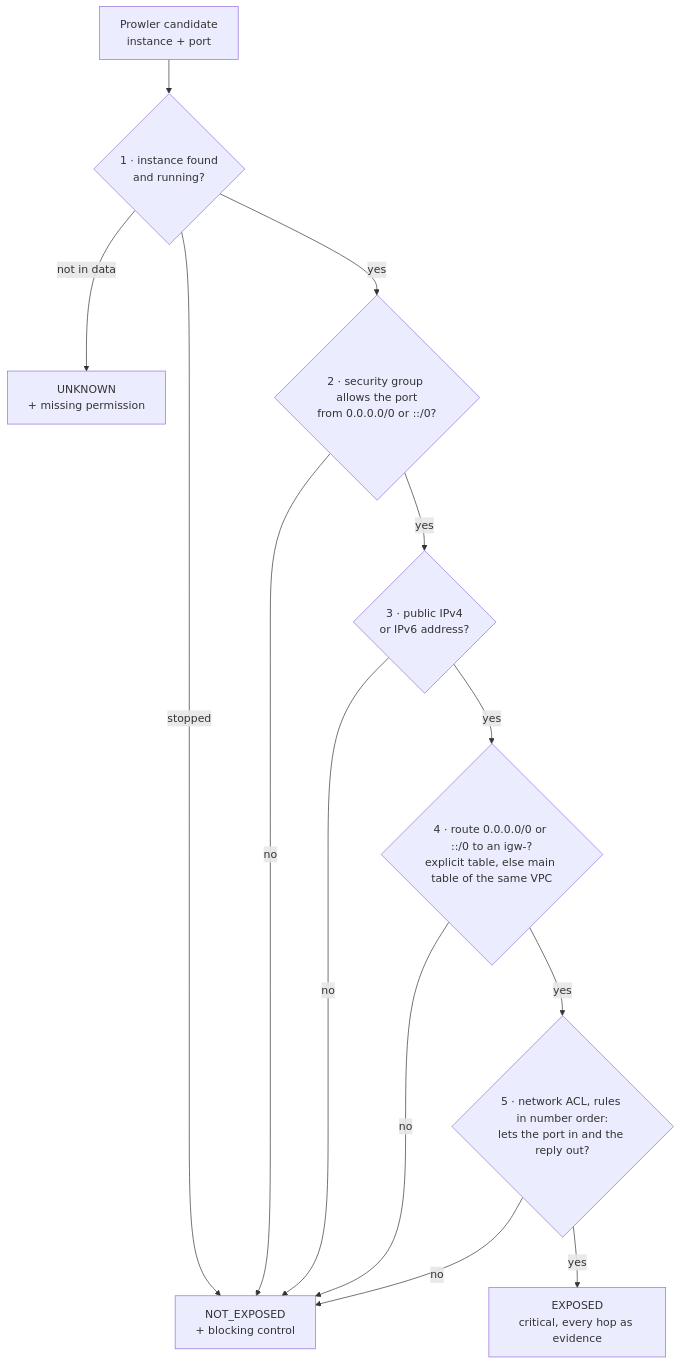
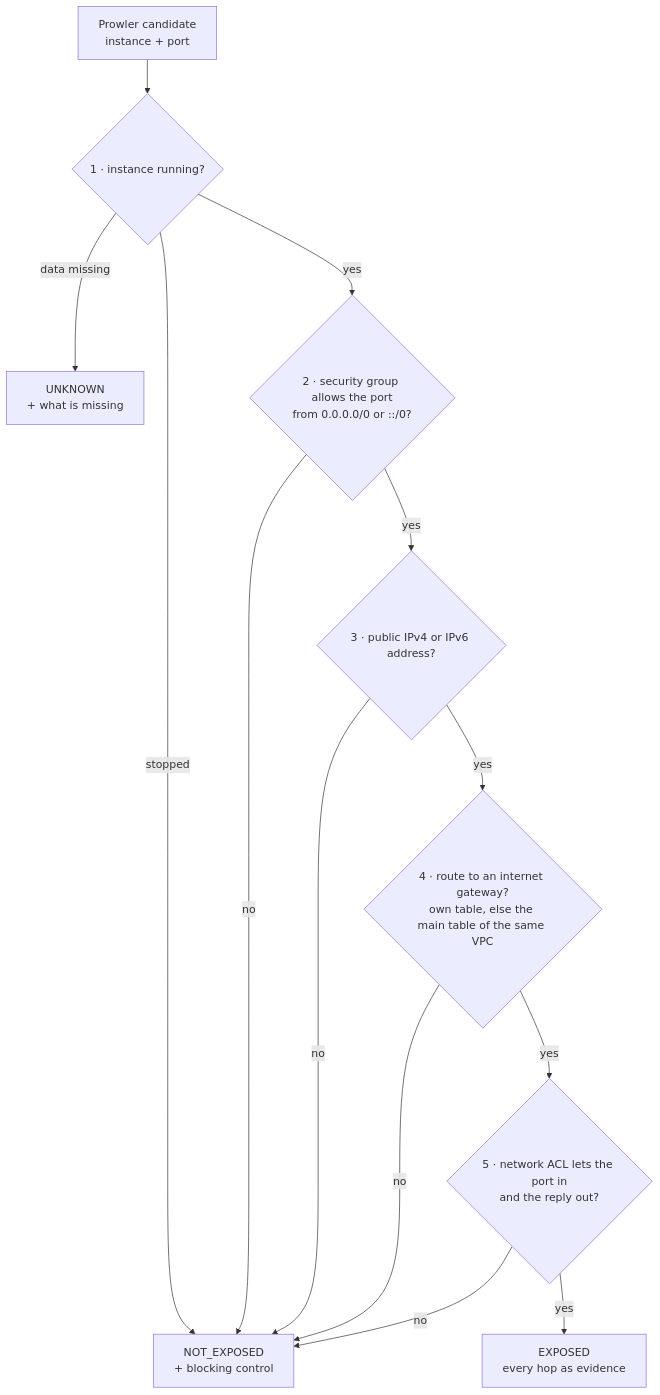
Before and after one commit to jnathangreeg/cloud-scanner-task: the first of 3 diagrams in README.md, drawn with Mermaid. The commit also changed other lines of this file, not shown here.

````diff
--- a/README.md
+++ b/README.md
@@ -68,15 +61,15 @@
 ```mermaid
 flowchart TD
-    C["Prowler candidate<br/>instance + port"] --> R{"1 · instance found<br/>and running?"}
-    R -- "not in data" --> U["UNKNOWN<br/>+ missing permission"]
+    C["Prowler candidate<br/>instance + port"] --> R{"1 · instance running?"}
+    R -- "data missing" --> U["UNKNOWN<br/>+ what is missing"]
     R -- stopped --> N["NOT_EXPOSED<br/>+ blocking control"]
     R -- yes --> S{"2 · security group allows the port<br/>from 0.0.0.0/0 or ::/0?"}
     S -- no --> N
-    S -- yes --> A{"3 · public IPv4<br/>or IPv6 address?"}
+    S -- yes --> A{"3 · public IPv4 or IPv6 address?"}
     A -- no --> N
-    A -- yes --> T{"4 · route 0.0.0.0/0 or ::/0 to an igw-?<br/>explicit table, else main table of the same VPC"}
+    A -- yes --> T{"4 · route to an internet gateway?<br/>own table, else the main table of the same VPC"}
     T -- no --> N
-    T -- yes --> L{"5 · network ACL, rules in number order:<br/>lets the port in and the reply out?"}
+    T -- yes --> L{"5 · network ACL lets the port in<br/>and the reply out?"}
     L -- no --> N
-    L -- yes --> E["EXPOSED<br/>critical, every hop as evidence"]
+    L -- yes --> E["EXPOSED<br/>every hop as evidence"]
 ```
````
